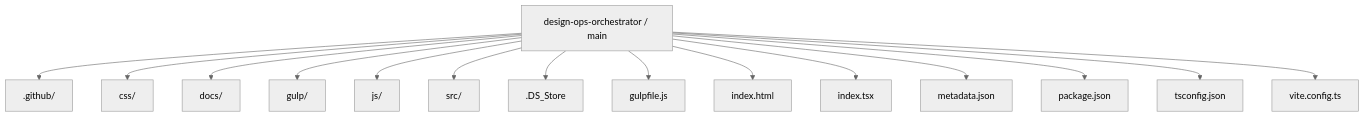
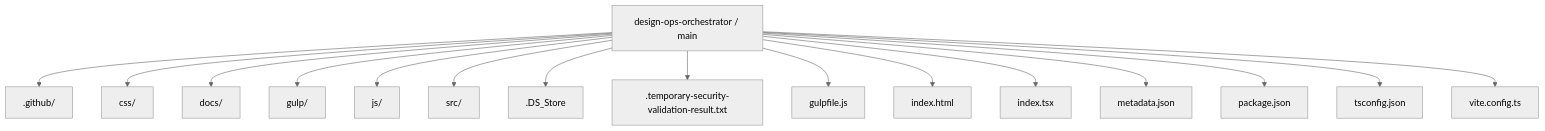
Before and after one commit to Nischhalsubba/design-ops-orchestrator: the first of 5 diagrams in README.md, drawn with Mermaid (neutral theme).

Commit message:
docs: apply designer README standard

````diff
--- a/README.md
+++ b/README.md
@@ -57,18 +57,19 @@
 ```mermaid
 flowchart TD
     ROOT["design-ops-orchestrator / main"]
     ROOT --> P0[".github/"]
     ROOT --> P1["css/"]
     ROOT --> P2["docs/"]
     ROOT --> P3["gulp/"]
     ROOT --> P4["js/"]
     ROOT --> P5["src/"]
     ROOT --> P6[".DS_Store"]
-    ROOT --> P7["gulpfile.js"]
-    ROOT --> P8["index.html"]
-    ROOT --> P9["index.tsx"]
-    ROOT --> P10["metadata.json"]
-    ROOT --> P11["package.json"]
-    ROOT --> P12["tsconfig.json"]
-    ROOT --> P13["vite.config.ts"]
+    ROOT --> P7[".temporary-security-validation-result.txt"]
+    ROOT --> P8["gulpfile.js"]
+    ROOT --> P9["index.html"]
+    ROOT --> P10["index.tsx"]
+    ROOT --> P11["metadata.json"]
+    ROOT --> P12["package.json"]
+    ROOT --> P13["tsconfig.json"]
+    ROOT --> P14["vite.config.ts"]
 ```
````
